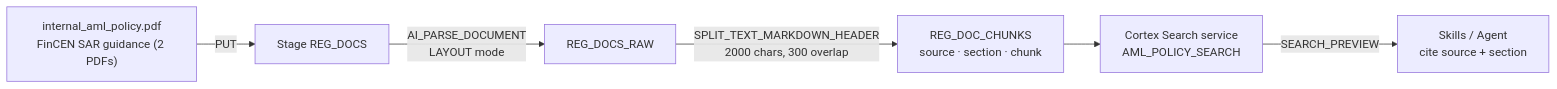
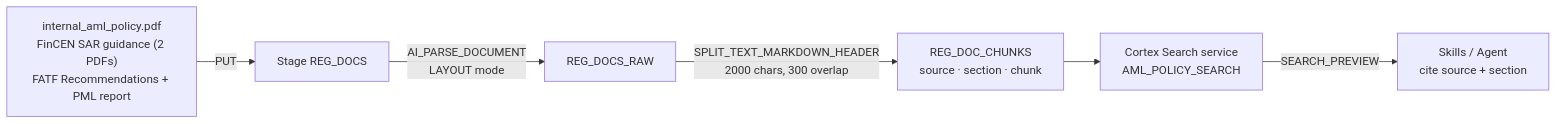
One commit to Pranav-error/risk-copilot changed the fourth of 7 diagrams in README.md. Above: the diagram before and after it, drawn with Mermaid. The commit also changed other lines of this file and 5 other files, not shown here.

````diff
--- a/README.md
+++ b/README.md
@@ -275,8 +275,8 @@
 ```mermaid
 flowchart LR
-    P["internal_aml_policy.pdf<br/>FinCEN SAR guidance (2 PDFs)"] -->|"PUT"| S["Stage REG_DOCS"]
+    P["internal_aml_policy.pdf<br/>FinCEN SAR guidance (2 PDFs)<br/>FATF Recommendations + PML report"] -->|"PUT"| S["Stage REG_DOCS"]
     S -->|"AI_PARSE_DOCUMENT<br/>LAYOUT mode"| RT["REG_DOCS_RAW"]
     RT -->|"SPLIT_TEXT_MARKDOWN_HEADER<br/>2000 chars, 300 overlap"| CH["REG_DOC_CHUNKS<br/>source · section · chunk"]
     CH --> CS["Cortex Search service<br/>AML_POLICY_SEARCH"]
     CS -->|"SEARCH_PREVIEW"| Q["Skills / Agent<br/>cite source + section"]
 ```
````
